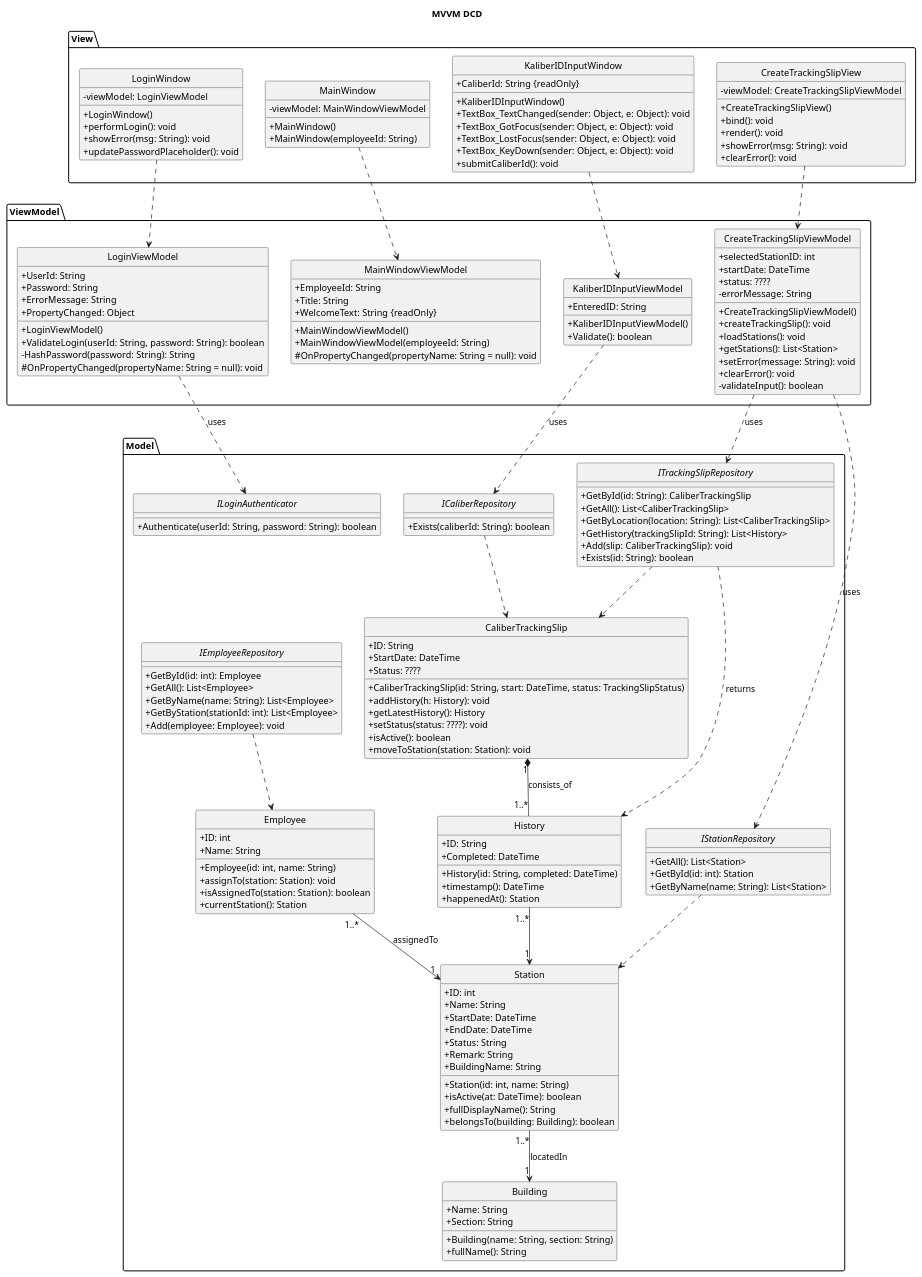
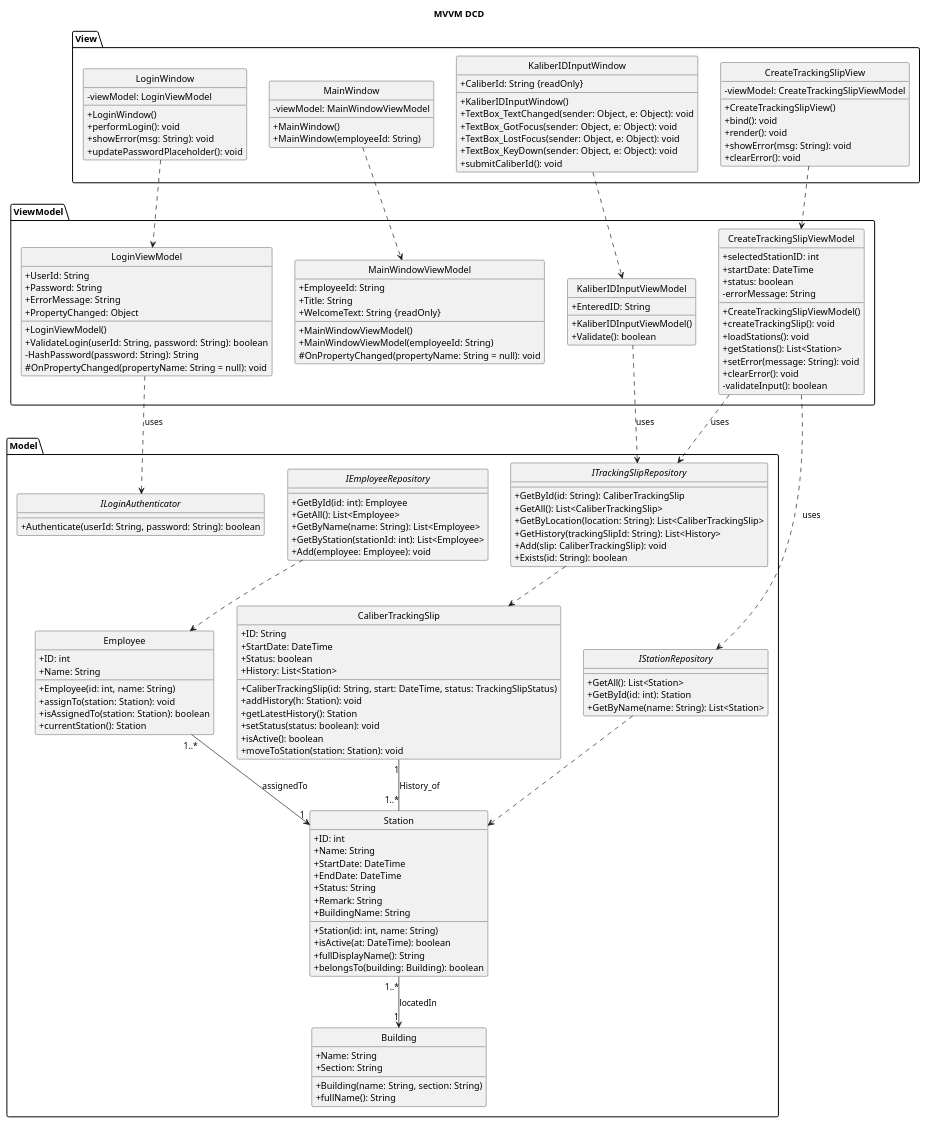
Before and after one commit to marsbo04/budweg: the diagram in uml_artifacts/dcd.puml, drawn with PlantUML.

Commit message:
Refactor DCD: Update CreateTrackingSlipViewModel and CaliberTrackingSlip to use boolean status; remove ICaliberRepository and History class

```diff
--- a/uml_artifacts/dcd.puml
+++ b/uml_artifacts/dcd.puml
@@ -72,7 +72,7 @@
   class CreateTrackingSlipViewModel  {
     +selectedStationID: int
     +startDate: DateTime
-    +status: ????
+    +status: boolean
     -errorMessage: String
 
     +CreateTrackingSlipViewModel()
@@ -114,9 +114,7 @@
     +Authenticate(userId: String, password: String): boolean
   }
 
-  interface ICaliberRepository {
-    +Exists(caliberId: String): boolean
-  }
+
 }
 
 
@@ -126,24 +124,17 @@
   class CaliberTrackingSlip  {
     +ID: String
     +StartDate: DateTime
-    +Status: ????
+    +Status: boolean
+    + History: List<Station>
 
     +CaliberTrackingSlip(id: String, start: DateTime, status: TrackingSlipStatus)
-    +addHistory(h: History): void
-    +getLatestHistory(): History
-    +setStatus(status: ????): void
+    +addHistory(h: Station): void
+    +getLatestHistory(): Station
+    +setStatus(status: boolean): void
     +isActive(): boolean
     +moveToStation(station: Station): void
   }
 
-  class History  {
-    +ID: String
-    +Completed: DateTime
-
-    +History(id: String, completed: DateTime)
-    +timestamp(): DateTime
-    +happenedAt(): Station
-  }
 
   class Employee  {
     +ID: int
@@ -185,20 +176,17 @@
 CreateTrackingSlipView ..> CreateTrackingSlipViewModel 
 
 LoginViewModel ..> ILoginAuthenticator : uses
-KaliberIDInputViewModel ..> ICaliberRepository : uses
+KaliberIDInputViewModel ..> ITrackingSlipRepository : uses
 CreateTrackingSlipViewModel ..> IStationRepository : uses
 CreateTrackingSlipViewModel ..> ITrackingSlipRepository : uses
 
 
 ITrackingSlipRepository ..> CaliberTrackingSlip 
-ITrackingSlipRepository ..> History : returns
 IStationRepository ..> Station
 IEmployeeRepository ..> Employee
-ICaliberRepository ..> CaliberTrackingSlip 
 
 
-CaliberTrackingSlip "1" *-- "1..*" History : consists_of
-History "1..*" --> "1" Station 
+CaliberTrackingSlip "1" -- "1..*" Station : History_of
 Employee "1..*" --> "1" Station : assignedTo
 Station "1..*" --> "1" Building : locatedIn
 
```
